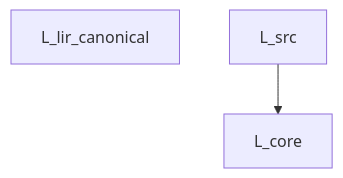
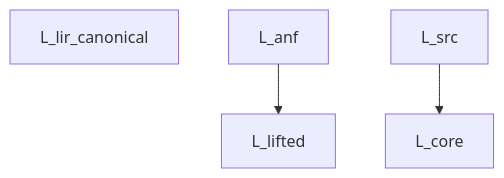
One commit to rokujyouhitoma/arxiv-security-papers changed the diagram in ulisp/docs/spec_nanopass.md. Above: the diagram before and after it, drawn with Mermaid. The commit also changed other lines of this file and 12 other files, not shown here.

Commit message:
feat(frontend): define L_anf and L_lifted languages and integrate schema verification (Issue #594)

````diff
--- a/ulisp/docs/spec_nanopass.md
+++ b/ulisp/docs/spec_nanopass.md
@@ -19,7 +19,10 @@
 ```mermaid
 graph TD
     L_lir_canonical["L_lir_canonical"]
+    L_lifted["L_lifted"]
+    L_anf --> L_lifted
+    L_anf["L_anf"]
     L_core["L_core"]
     L_src --> L_core
     L_src["L_src"]
 ```
````
